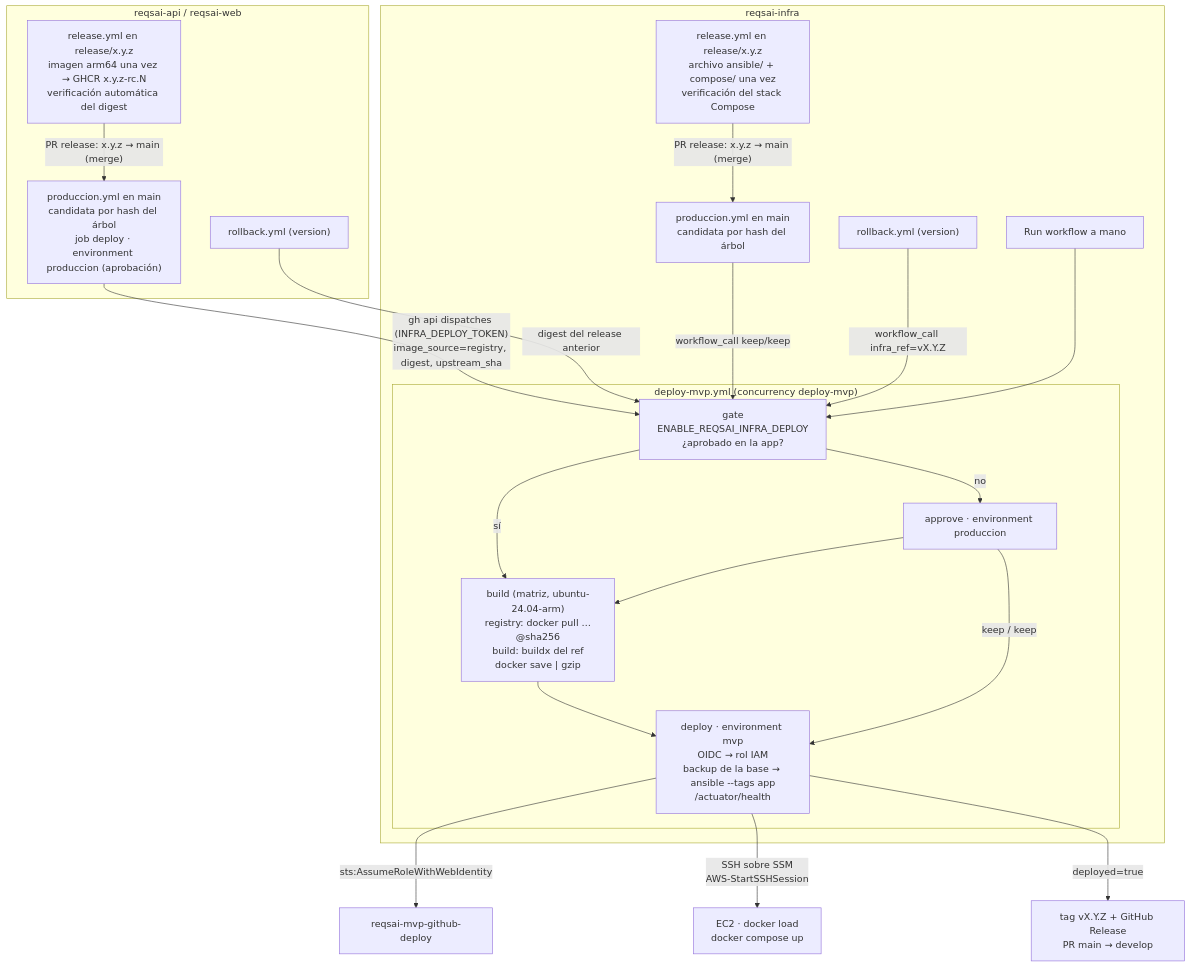
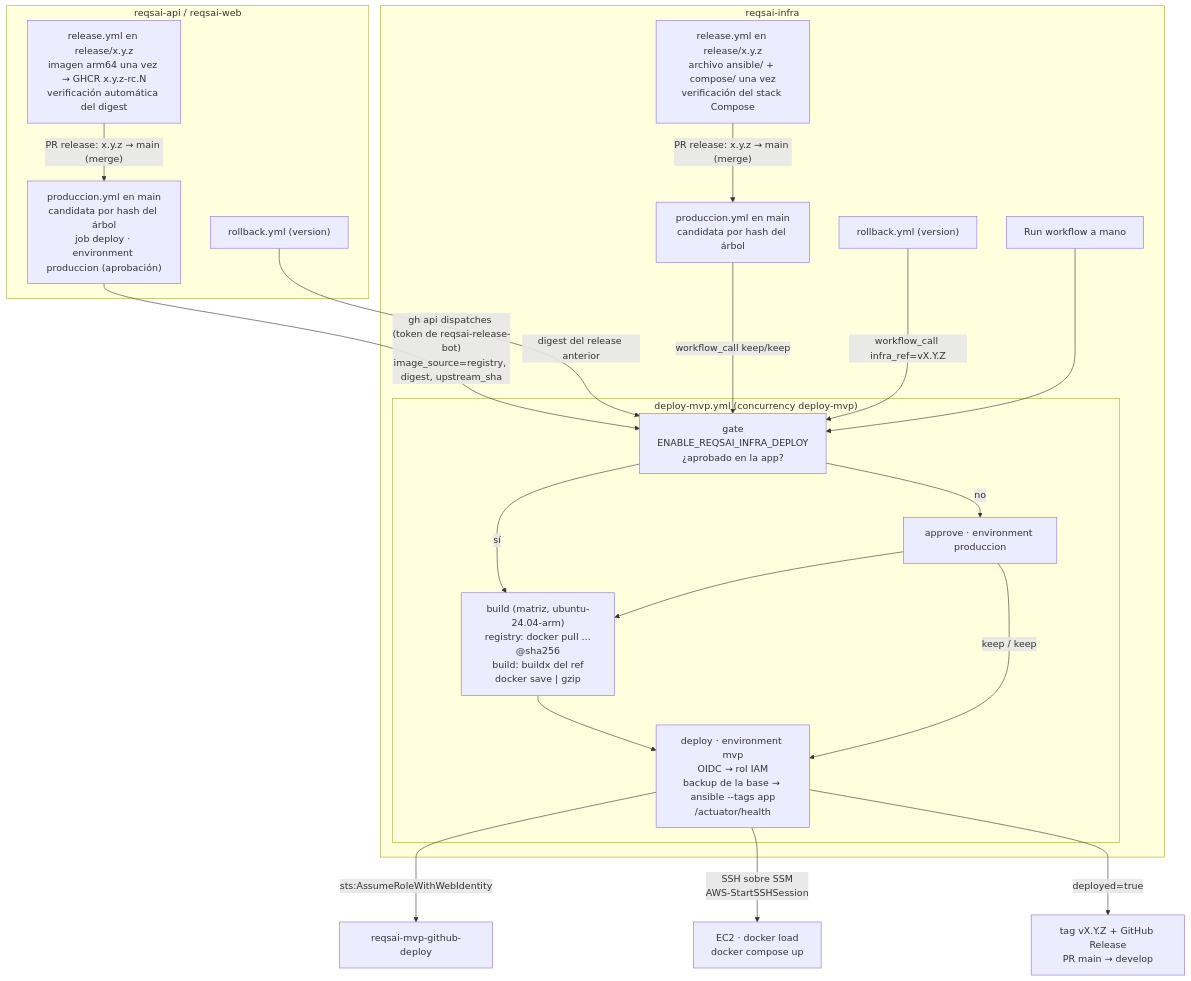
Before and after one commit to Kntro-Soft/reqsai-infra: the second of 2 diagrams in docs/deploy-ec2-docker-compose.md, drawn with Mermaid. The commit also changed other lines of this file and 4 other files, not shown here.

First line of the commit message:
ci: open release and back-merge PRs with reqsai-release-bot

````diff
--- a/docs/deploy-ec2-docker-compose.md
+++ b/docs/deploy-ec2-docker-compose.md
@@ -686,27 +686,27 @@
 ```mermaid
 flowchart TD
     subgraph apps["reqsai-api / reqsai-web"]
         arel["release.yml en release/x.y.z<br/>imagen arm64 una vez → GHCR x.y.z-rc.N<br/>verificación automática del digest"] -->|"PR release: x.y.z → main (merge)"| aprod["produccion.yml en main<br/>candidata por hash del árbol<br/>job deploy · environment produccion (aprobación)"]
         arb["rollback.yml (version)"]
     end
     subgraph infra["reqsai-infra"]
         irel["release.yml en release/x.y.z<br/>archivo ansible/ + compose/ una vez<br/>verificación del stack Compose"] -->|"PR release: x.y.z → main (merge)"| iprod["produccion.yml en main<br/>candidata por hash del árbol"]
         irb["rollback.yml (version)"]
         manual["Run workflow a mano"]
         subgraph wf["deploy-mvp.yml (concurrency deploy-mvp)"]
             gate["gate<br/>ENABLE_REQSAI_INFRA_DEPLOY<br/>¿aprobado en la app?"] -->|"no"| approve["approve · environment produccion"]
             gate -->|"sí"| build
             approve --> build["build (matriz, ubuntu-24.04-arm)<br/>registry: docker pull …@sha256<br/>build: buildx del ref<br/>docker save | gzip"]
             build --> deploy["deploy · environment mvp<br/>OIDC → rol IAM<br/>backup de la base → ansible --tags app<br/>/actuator/health"]
             approve -->|"keep / keep"| deploy
         end
     end
-    aprod -->|"gh api dispatches (INFRA_DEPLOY_TOKEN)<br/>image_source=registry, digest, upstream_sha"| gate
+    aprod -->|"gh api dispatches (token de reqsai-release-bot)<br/>image_source=registry, digest, upstream_sha"| gate
     arb -->|"digest del release anterior"| gate
     iprod -->|"workflow_call keep/keep"| gate
     irb -->|"workflow_call infra_ref=vX.Y.Z"| gate
     manual --> gate
     deploy -->|"sts:AssumeRoleWithWebIdentity"| role["reqsai-mvp-github-deploy"]
     deploy -->|"SSH sobre SSM<br/>AWS-StartSSHSession"| ec2["EC2 · docker load<br/>docker compose up"]
     deploy -->|"deployed=true"| tag["tag vX.Y.Z + GitHub Release<br/>PR main → develop"]
 ```
````
